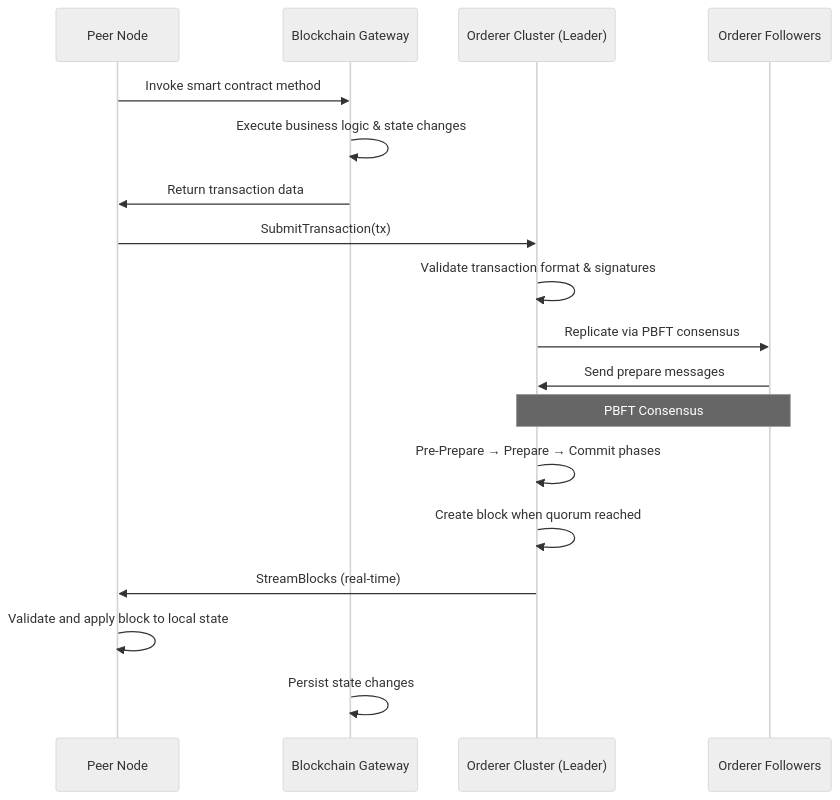
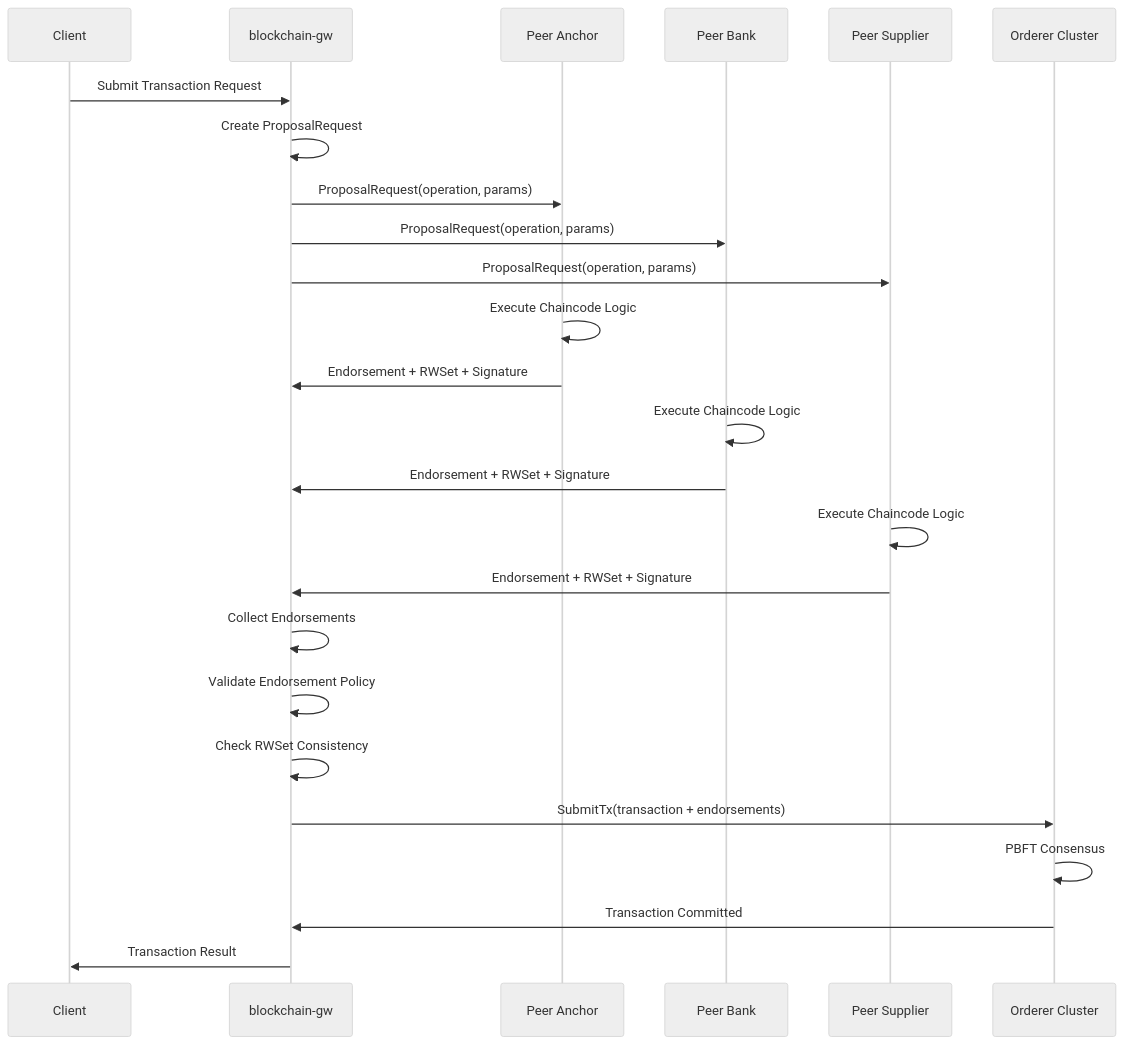
The third of 25 diagrams in System_Design_Document.md (trunghc97/blockchain), drawn with Mermaid (neutral theme) before and after one commit. The commit also changed other lines of this file and 1 other file, not shown here.

Commit message:
change to peer

````diff
--- a/System_Design_Document.md
+++ b/System_Design_Document.md
@@ -423,24 +379,33 @@
 ```mermaid
 sequenceDiagram
-    participant Peer as Peer Node
-    participant Gateway as Blockchain Gateway
-    participant Orderer as Orderer Cluster (Leader)
-    participant Followers as Orderer Followers
+    participant Client as Client
+    participant Gateway as blockchain-gw
+    participant PeerA as Peer Anchor
+    participant PeerB as Peer Bank
+    participant PeerS as Peer Supplier
+    participant Orderer as Orderer Cluster
 
-    Peer->>Gateway: Invoke smart contract method
-    Gateway->>Gateway: Execute business logic & state changes
-    Gateway->>Peer: Return transaction data
-
-    Peer->>Orderer: SubmitTransaction(tx)
-    Orderer->>Orderer: Validate transaction format & signatures
-    Orderer->>Followers: Replicate via PBFT consensus
-    Followers->>Orderer: Send prepare messages
-
-    Note over Orderer,Followers: PBFT Consensus
-    Orderer->>Orderer: Pre-Prepare → Prepare → Commit phases
-    Orderer->>Orderer: Create block when quorum reached
-    Orderer->>Peer: StreamBlocks (real-time)
-
-    Peer->>Peer: Validate and apply block to local state
-    Gateway->>Gateway: Persist state changes
+    Client->>Gateway: Submit Transaction Request
+    Gateway->>Gateway: Create ProposalRequest
+    
+    Gateway->>PeerA: ProposalRequest(operation, params)
+    Gateway->>PeerB: ProposalRequest(operation, params)
+    Gateway->>PeerS: ProposalRequest(operation, params)
+    
+    PeerA->>PeerA: Execute Chaincode Logic
+    PeerA->>Gateway: Endorsement + RWSet + Signature
+    PeerB->>PeerB: Execute Chaincode Logic
+    PeerB->>Gateway: Endorsement + RWSet + Signature
+    PeerS->>PeerS: Execute Chaincode Logic
+    PeerS->>Gateway: Endorsement + RWSet + Signature
+    
+    Gateway->>Gateway: Collect Endorsements
+    Gateway->>Gateway: Validate Endorsement Policy
+    Gateway->>Gateway: Check RWSet Consistency
+    
+    Gateway->>Orderer: SubmitTx(transaction + endorsements)
+    Orderer->>Orderer: PBFT Consensus
+    Orderer->>Gateway: Transaction Committed
+    
+    Gateway->>Client: Transaction Result
 ```
````
